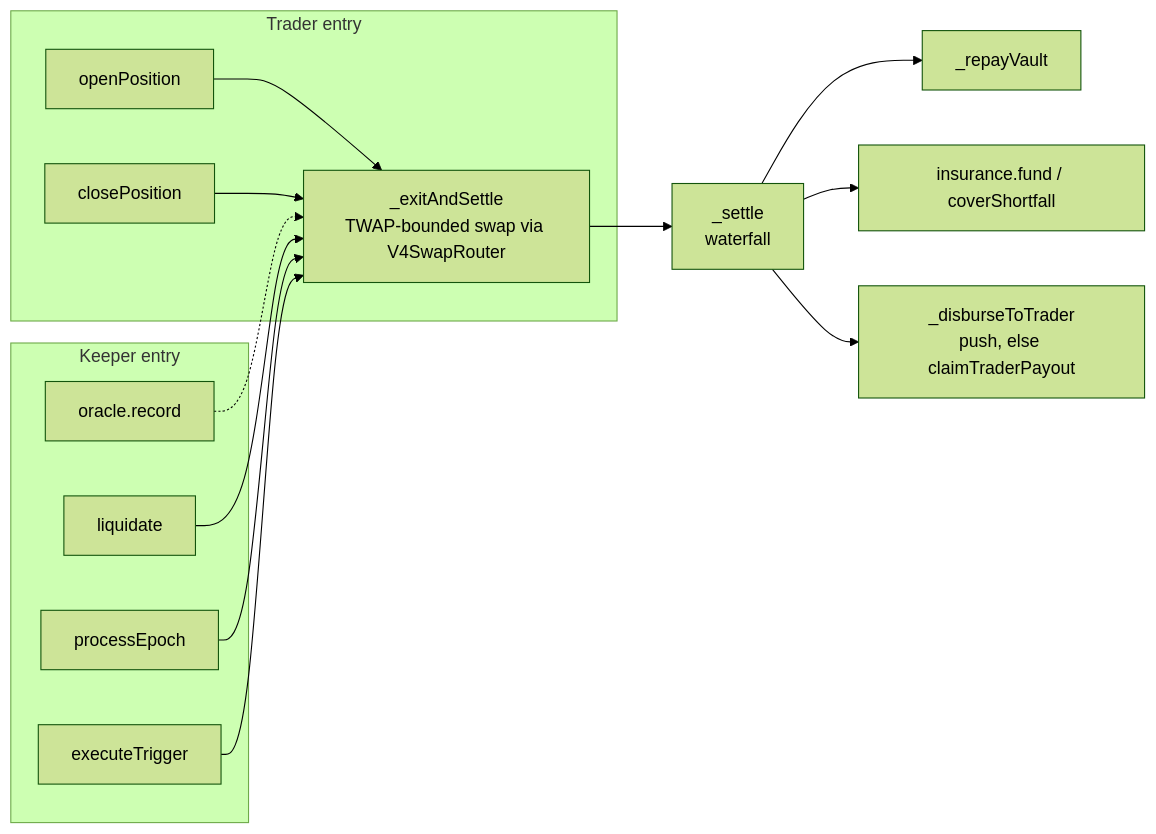
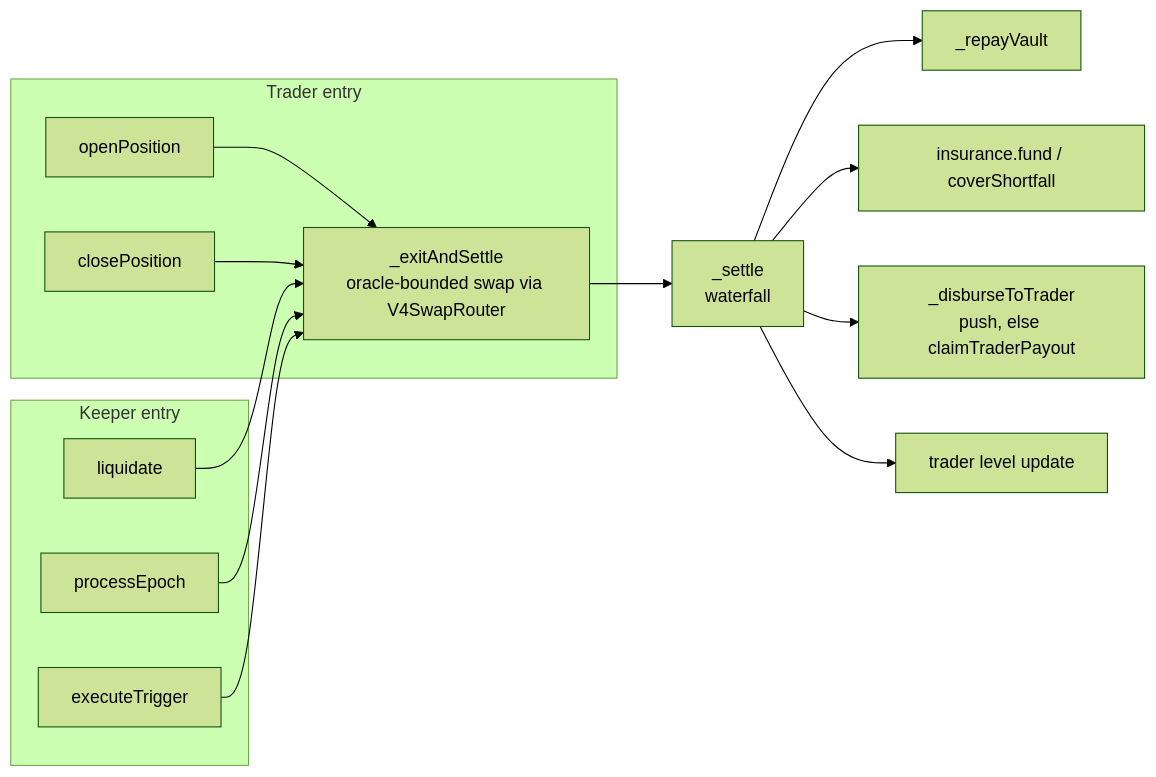
The second of 3 diagrams in DEVELOPMENT.md (Niraj-Kamdar/decentralised-prop-trading), drawn with Mermaid (forest theme) before and after one commit. The commit also changed other lines of this file and 4 other files, not shown here.

First line of the commit message:
docs: describe the Base deployment, Chainlink oracle and trader levels

````diff
--- a/DEVELOPMENT.md
+++ b/DEVELOPMENT.md
@@ -79,17 +77,17 @@
 ```mermaid
 flowchart LR
     subgraph Trader entry
         open[openPosition] --> ex
         close[closePosition] --> ex
     end
     subgraph Keeper entry
-        rec[oracle.record] -.-> ex
         liq[liquidate] --> ex
         proc[processEpoch] --> ex
         trig[executeTrigger] --> ex
     end
-    ex["_exitAndSettle<br/>TWAP-bounded swap via V4SwapRouter"] --> set["_settle<br/>waterfall"]
+    ex["_exitAndSettle<br/>oracle-bounded swap via V4SwapRouter"] --> set["_settle<br/>waterfall"]
     set --> rv[_repayVault]
     set --> ins[insurance.fund / coverShortfall]
     set --> dis[_disburseToTrader<br/>push, else claimTraderPayout]
+    set --> lvl[trader level update]
 ```
````
